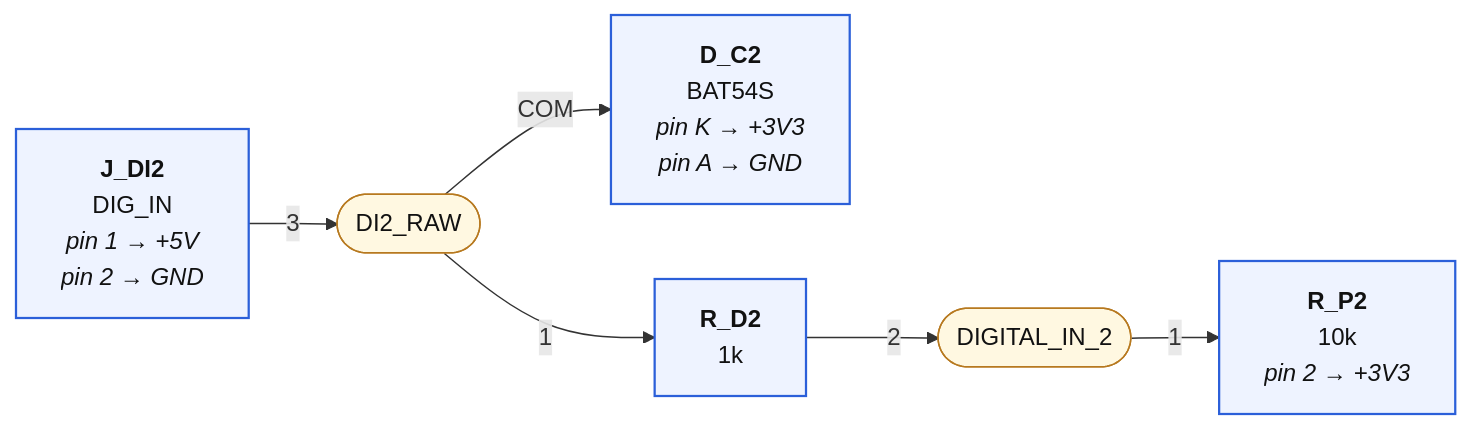
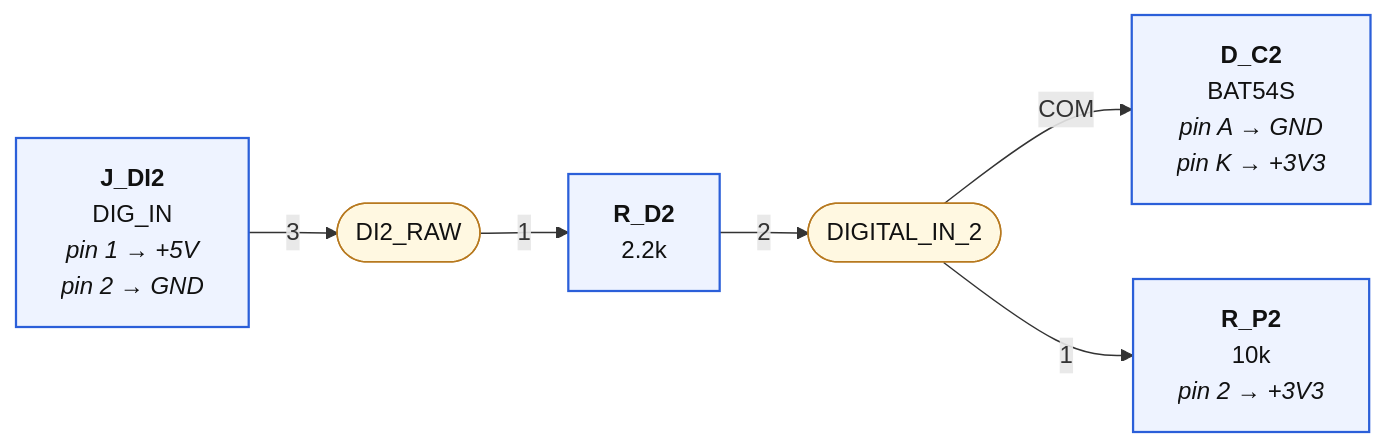
Before and after one commit to mrwillson2u/propmesh: the second of 6 diagrams in hardware/pro/sheets/07-sensors-expansion.diagram.md, drawn with Mermaid. The commit also changed other lines of this file and 59 other files, not shown here.

````diff
--- a/hardware/pro/sheets/07-sensors-expansion.diagram.md
+++ b/hardware/pro/sheets/07-sensors-expansion.diagram.md
@@ -38,21 +38,21 @@
 ```mermaid
 graph LR
   classDef part fill:#eef3ff,stroke:#2b5fd9,stroke-width:1.5px,color:#111
   classDef net fill:#fff8e1,stroke:#b7791f,color:#111
   classDef rail fill:#ffe0b2,stroke:#e65100,stroke-width:3px,color:#111,font-weight:bold
   classDef badnet fill:#ffe0e0,stroke:#c00,stroke-width:3px,color:#111,font-weight:bold
   classDef absent fill:#fff,stroke:#c00,stroke-width:2px,stroke-dasharray:6 4,color:#c00
   classDef extra fill:#ffecec,stroke:#c00,stroke-width:2px,color:#111
   classDef dnp fill:#f5f5f5,stroke:#999,stroke-dasharray:3 3,color:#666
   N_DI2_RAW(["DI2_RAW"]):::net
   P_J_DI2["<b>J_DI2</b><br/>DIG_IN<br/><i>pin 1 → +5V</i><br/><i>pin 2 → GND</i>"]:::part
   P_J_DI2 --"3"--> N_DI2_RAW
-  P_D_C2["<b>D_C2</b><br/>BAT54S<br/><i>pin K → +3V3</i><br/><i>pin A → GND</i>"]:::part
-  N_DI2_RAW --"COM"--> P_D_C2
-  P_R_D2["<b>R_D2</b><br/>1k"]:::part
+  P_R_D2["<b>R_D2</b><br/>2.2k"]:::part
   N_DI2_RAW --"1"--> P_R_D2
   N_DIGITAL_IN_2(["DIGITAL_IN_2"]):::net
   P_R_D2 --"2"--> N_DIGITAL_IN_2
+  P_D_C2["<b>D_C2</b><br/>BAT54S<br/><i>pin A → GND</i><br/><i>pin K → +3V3</i>"]:::part
+  N_DIGITAL_IN_2 --"COM"--> P_D_C2
   P_R_P2["<b>R_P2</b><br/>10k<br/><i>pin 2 → +3V3</i>"]:::part
   N_DIGITAL_IN_2 --"1"--> P_R_P2
 ```
````
